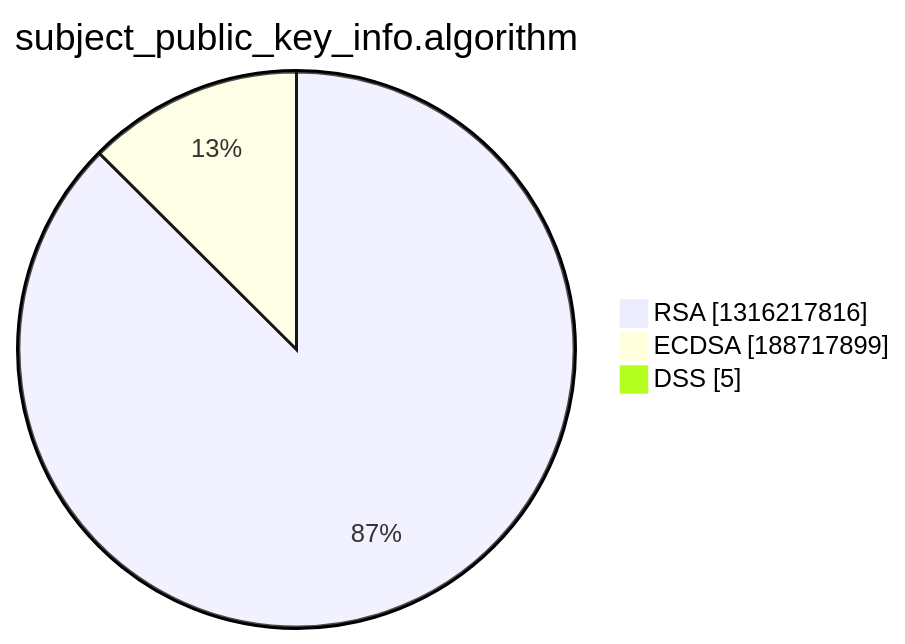
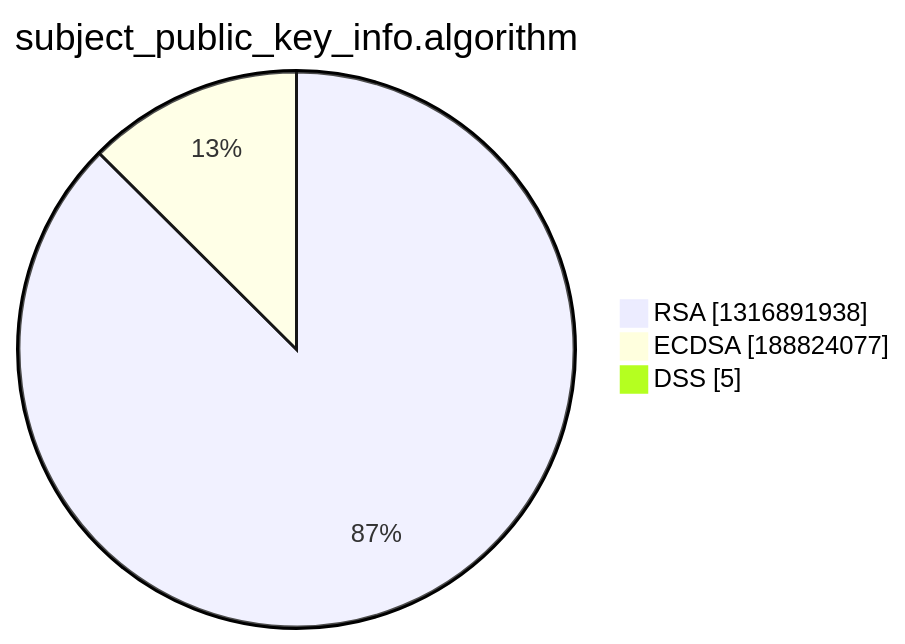
Before and after one commit to christiankrug/ctmonitor_visualization: the third of 15 diagrams in xenon2022/README.md, drawn with Mermaid. The commit also changed other lines of this file, not shown here.

````diff
--- a/xenon2022/README.md
+++ b/xenon2022/README.md
@@ -14,7 +14,7 @@
 ```mermaid
 pie showData
 title subject_public_key_info.algorithm
-"RSA" :1316217816
-"ECDSA" :188717899
+"RSA" :1316891938
+"ECDSA" :188824077
 "DSS" :5
 ```
````
